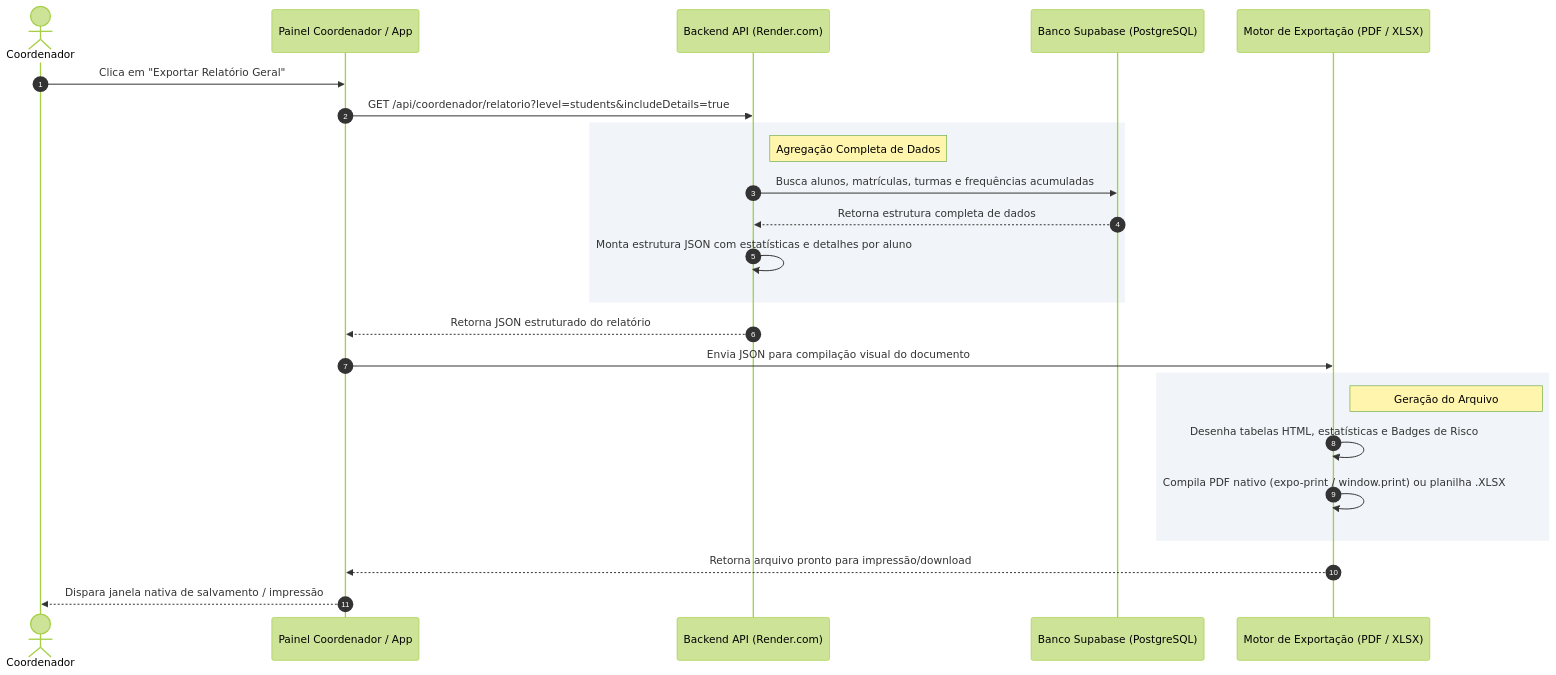
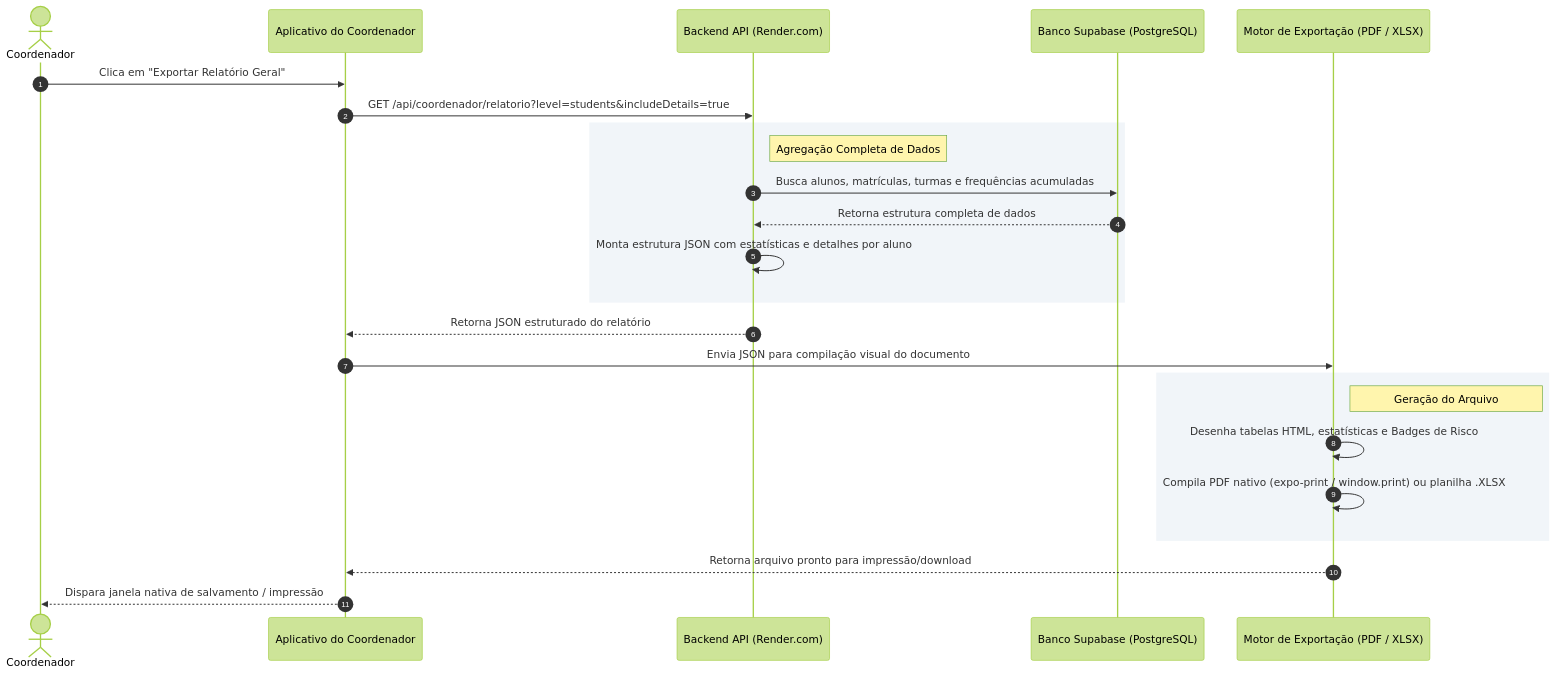
One commit to caneschi-lais/geoclass changed diagram 15 of 24 in documentacao/diagramas/fluxos.md. Above: the diagram before and after it, drawn with Mermaid (forest theme). The commit also changed other lines of this file and 34 other files, not shown here.

Commit message:
docs: add system architecture diagrams and generation script

````diff
--- a/documentacao/diagramas/fluxos.md
+++ b/documentacao/diagramas/fluxos.md
@@ -549,30 +549,30 @@
 ```mermaid
 sequenceDiagram
     autonumber
     actor Coordenador
-    participant Web as Painel Coordenador / App
+    participant App as Aplicativo do Coordenador
     participant API as Backend API (Render.com)
     participant DB as Banco Supabase (PostgreSQL)
     participant Export as Motor de Exportação (PDF / XLSX)
 
-    Coordenador->>Web: Clica em "Exportar Relatório Geral"
-    Web->>API: GET /api/coordenador/relatorio?level=students&includeDetails=true
+    Coordenador->>App: Clica em "Exportar Relatório Geral"
+    App->>API: GET /api/coordenador/relatorio?level=students&includeDetails=true
 
     rect rgb(241, 245, 249)
         note right of API: Agregação Completa de Dados
         API->>DB: Busca alunos, matrículas, turmas e frequências acumuladas
         DB-->>API: Retorna estrutura completa de dados
         API->>API: Monta estrutura JSON com estatísticas e detalhes por aluno
     end
 
-    API-->>Web: Retorna JSON estruturado do relatório
+    API-->>App: Retorna JSON estruturado do relatório
 
-    Web->>Export: Envia JSON para compilação visual do documento
+    App->>Export: Envia JSON para compilação visual do documento
     rect rgb(241, 245, 249)
         note right of Export: Geração do Arquivo
         Export->>Export: Desenha tabelas HTML, estatísticas e Badges de Risco
         Export->>Export: Compila PDF nativo (expo-print / window.print) ou planilha .XLSX
     end
-    Export-->>Web: Retorna arquivo pronto para impressão/download
-    Web-->>Coordenador: Dispara janela nativa de salvamento / impressão
+    Export-->>App: Retorna arquivo pronto para impressão/download
+    App-->>Coordenador: Dispara janela nativa de salvamento / impressão
 ```
````
